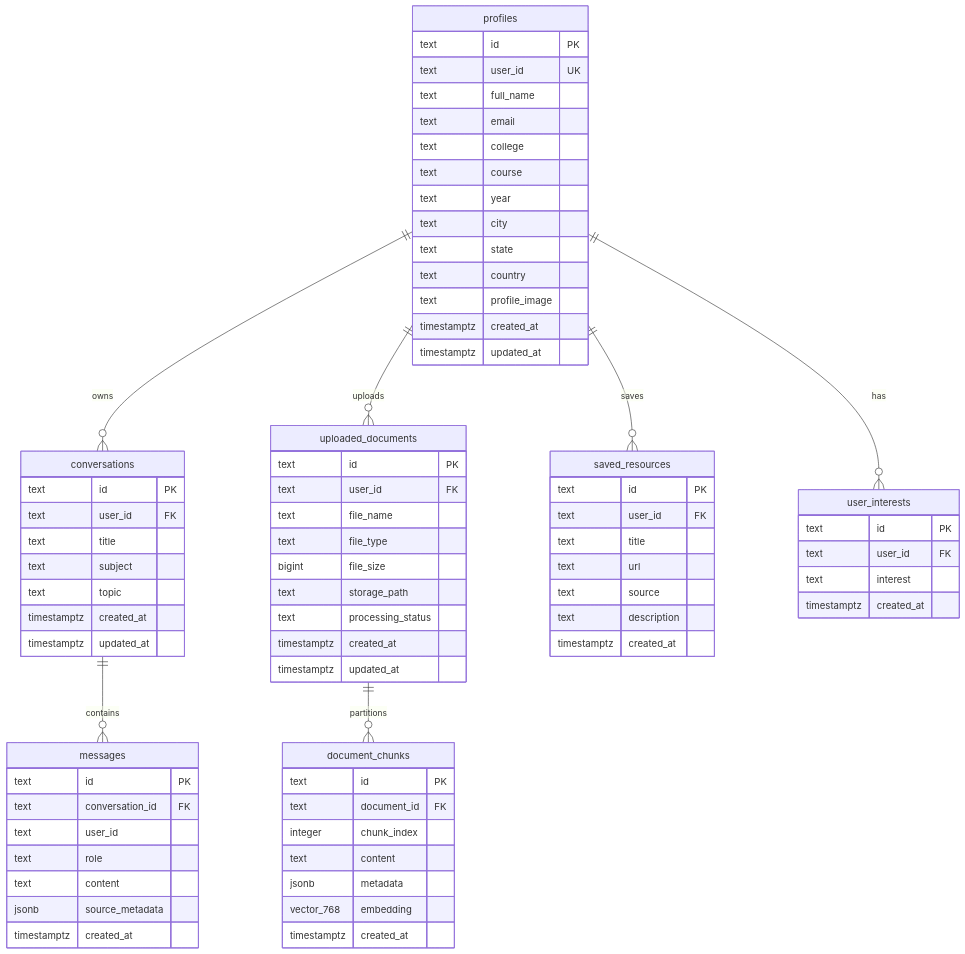
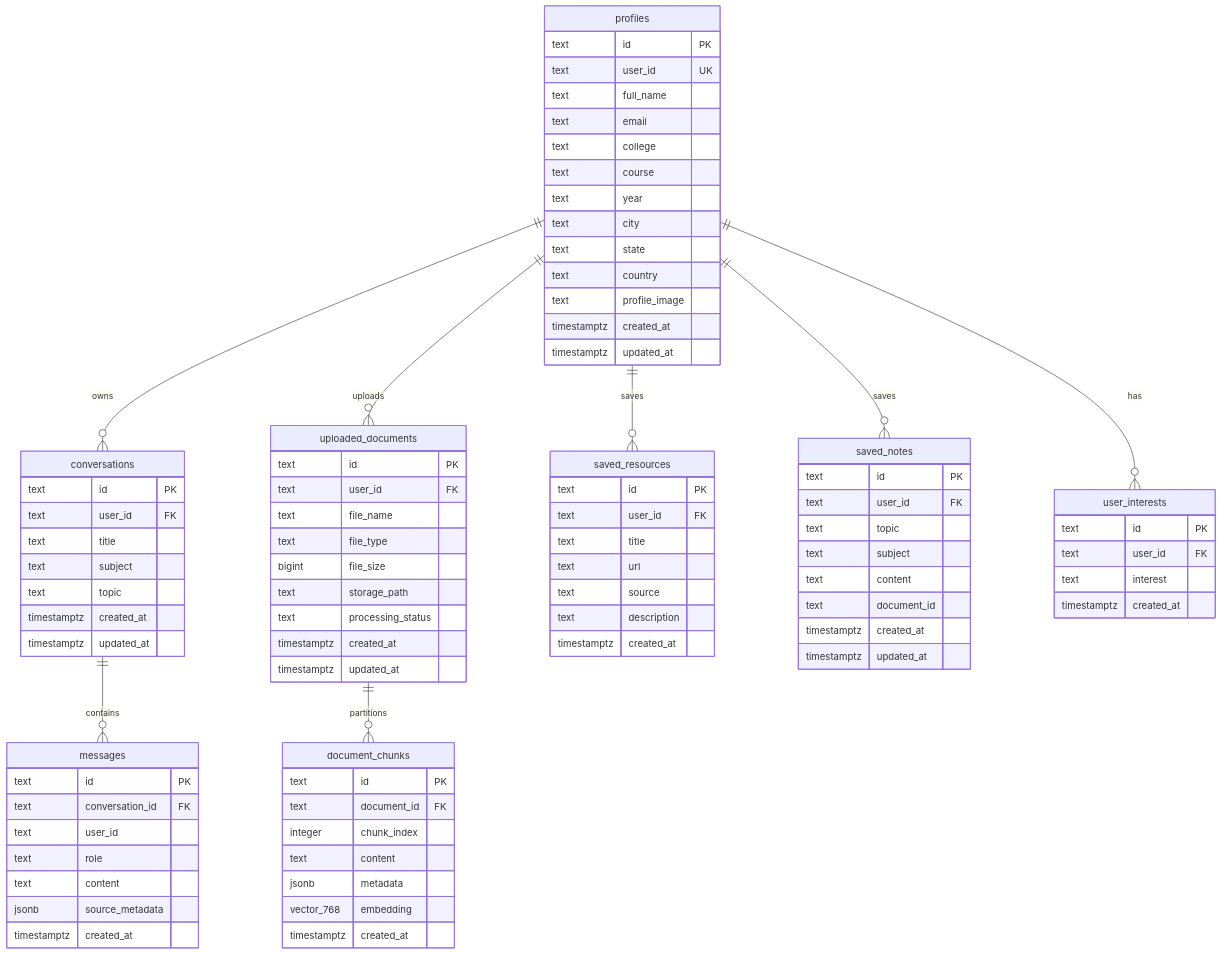
The third of 3 diagrams in README.md (Ashish10102006/ai-study-assistant), drawn with Mermaid before and after one commit. The commit also changed other lines of this file and 8 other files, not shown here.

```diff
--- a/README.md
+++ b/README.md
@@ -192,6 +202,7 @@
     profiles ||--o{ conversations : owns
     profiles ||--o{ uploaded_documents : uploads
     profiles ||--o{ saved_resources : saves
+    profiles ||--o{ saved_notes : saves
     profiles ||--o{ user_interests : has
     conversations ||--o{ messages : contains
     uploaded_documents ||--o{ document_chunks : partitions
@@ -264,6 +275,17 @@
         timestamptz created_at
     }
 
+    saved_notes {
+        text id PK
+        text user_id FK
+        text topic
+        text subject
+        text content
+        text document_id
+        timestamptz created_at
+        timestamptz updated_at
+    }
+
     user_interests {
         text id PK
         text user_id FK
```
